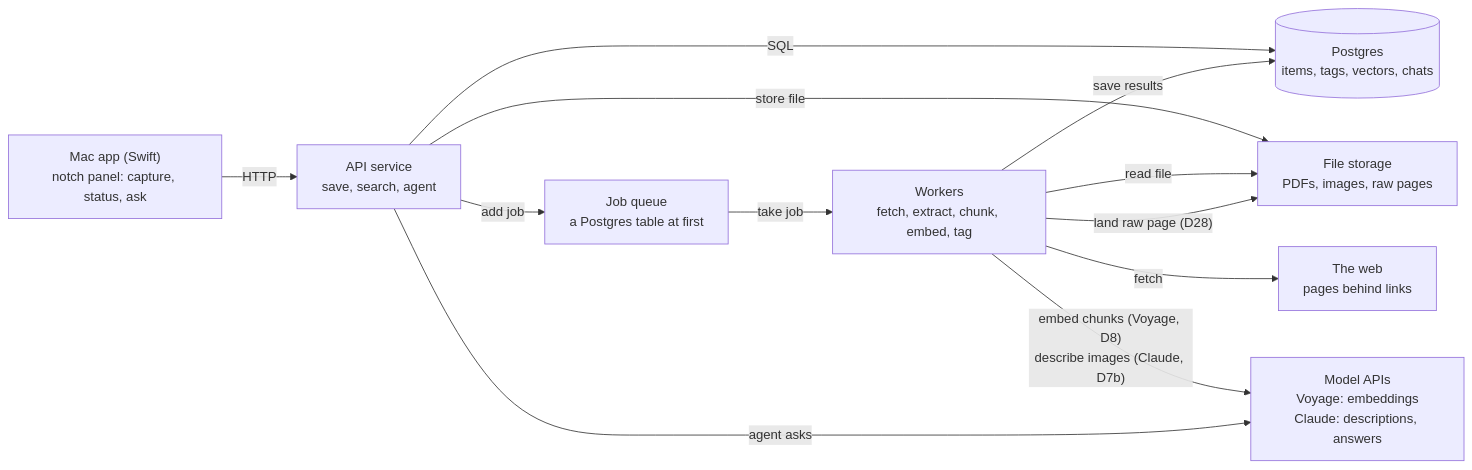
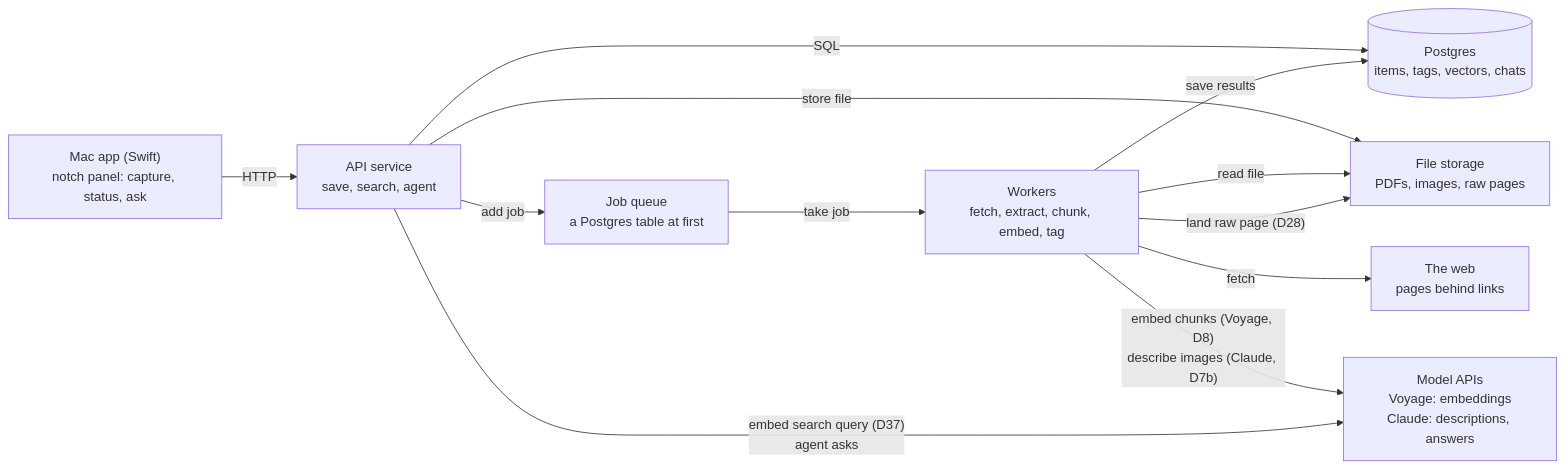
Before and after one commit to sxnfer/mind-dump: the diagram in docs/plan/architecture.md, drawn with Mermaid. The commit also changed 5 other files, not shown here.

First line of the commit message:
Docs: M4 results, schema, tasks, README, architecture and status

````diff
--- a/docs/plan/architecture.md
+++ b/docs/plan/architecture.md
@@ -7,14 +7,14 @@
 ```mermaid
 flowchart LR
     App["Mac app (Swift)<br/>notch panel: capture, status, ask"] -- HTTP --> API["API service<br/>save, search, agent"]
     API -- SQL --> DB[("Postgres<br/>items, tags, vectors, chats")]
     API -- "add job" --> Q["Job queue<br/>a Postgres table at first"]
     API -- "store file" --> FS["File storage<br/>PDFs, images, raw pages"]
     Q -- "take job" --> W["Workers<br/>fetch, extract, chunk, embed, tag"]
     W -- "save results" --> DB
     W -- "read file" --> FS
     W -- fetch --> WEB["The web<br/>pages behind links"]
     W -- "land raw page (D28)" --> FS
     W -- "embed chunks (Voyage, D8)<br/>describe images (Claude, D7b)" --> M["Model APIs<br/>Voyage: embeddings<br/>Claude: descriptions, answers"]
-    API -- "agent asks" --> M
+    API -- "embed search query (D37)<br/>agent asks" --> M
 ```
````
